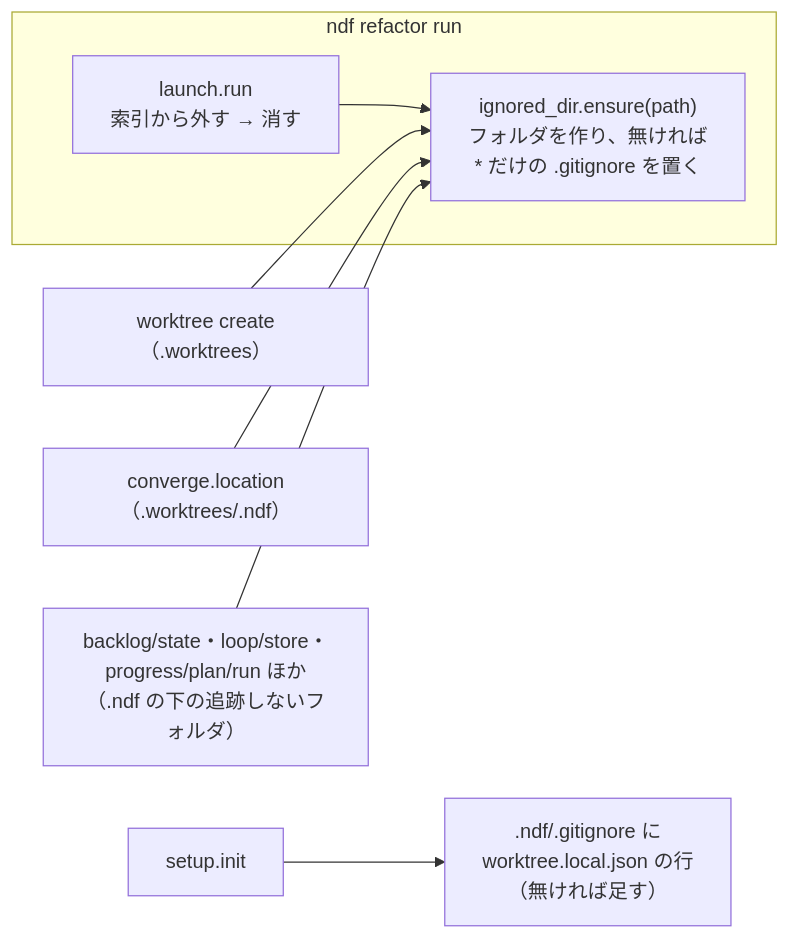
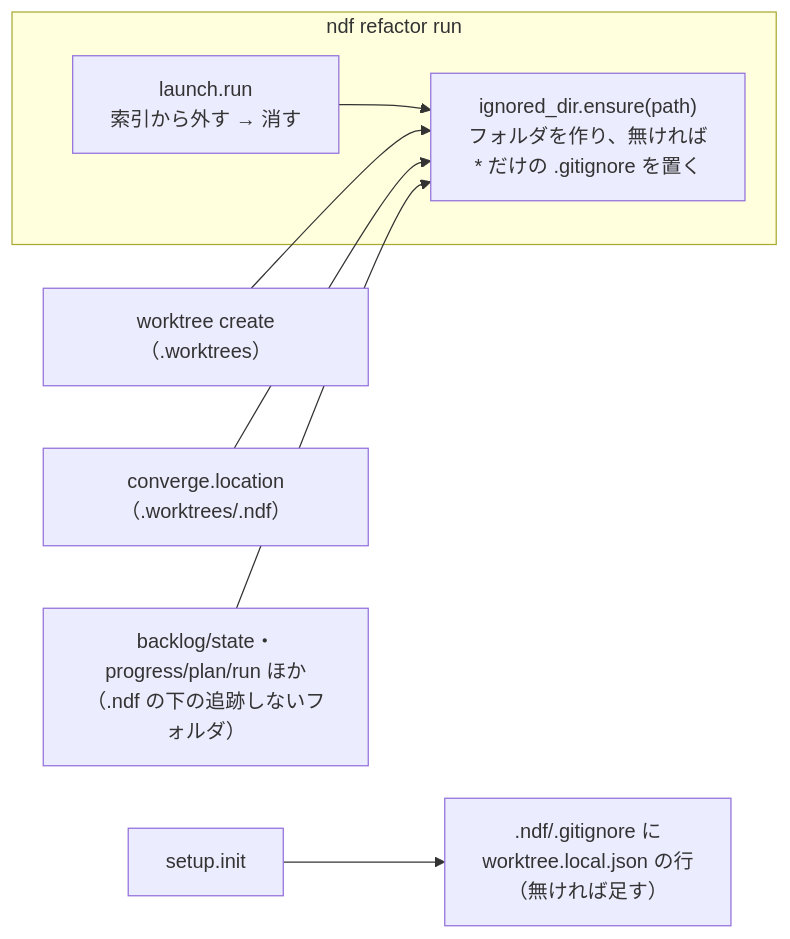
Before and after one commit to devbasex/ai-plugins: the second of 2 diagrams in issues/issue-3500-design.md, drawn with Mermaid. The commit also changed other lines of this file and 1 other file, not shown here.

````diff
--- a/issues/issue-3500-design.md
+++ b/issues/issue-3500-design.md
@@ -42,11 +44,11 @@
 ```mermaid
 flowchart LR
   H["ignored_dir.ensure(path)<br/>フォルダを作り、無ければ<br/>* だけの .gitignore を置く"]
   subgraph refactor["ndf refactor run"]
     L["launch.run<br/>索引から外す → 消す"] --> H
   end
   C["worktree create（.worktrees）"] --> H
   CL["converge.location（.worktrees/.ndf）"] --> H
-  B["backlog/state・loop/store・<br/>progress/plan/run ほか<br/>（.ndf の下の追跡しないフォルダ）"] --> H
+  B["backlog/state・<br/>progress/plan/run ほか<br/>（.ndf の下の追跡しないフォルダ）"] --> H
   I["setup.init"] --> NI[".ndf/.gitignore に<br/>worktree.local.json の行<br/>（無ければ足す）"]
 ```
````
